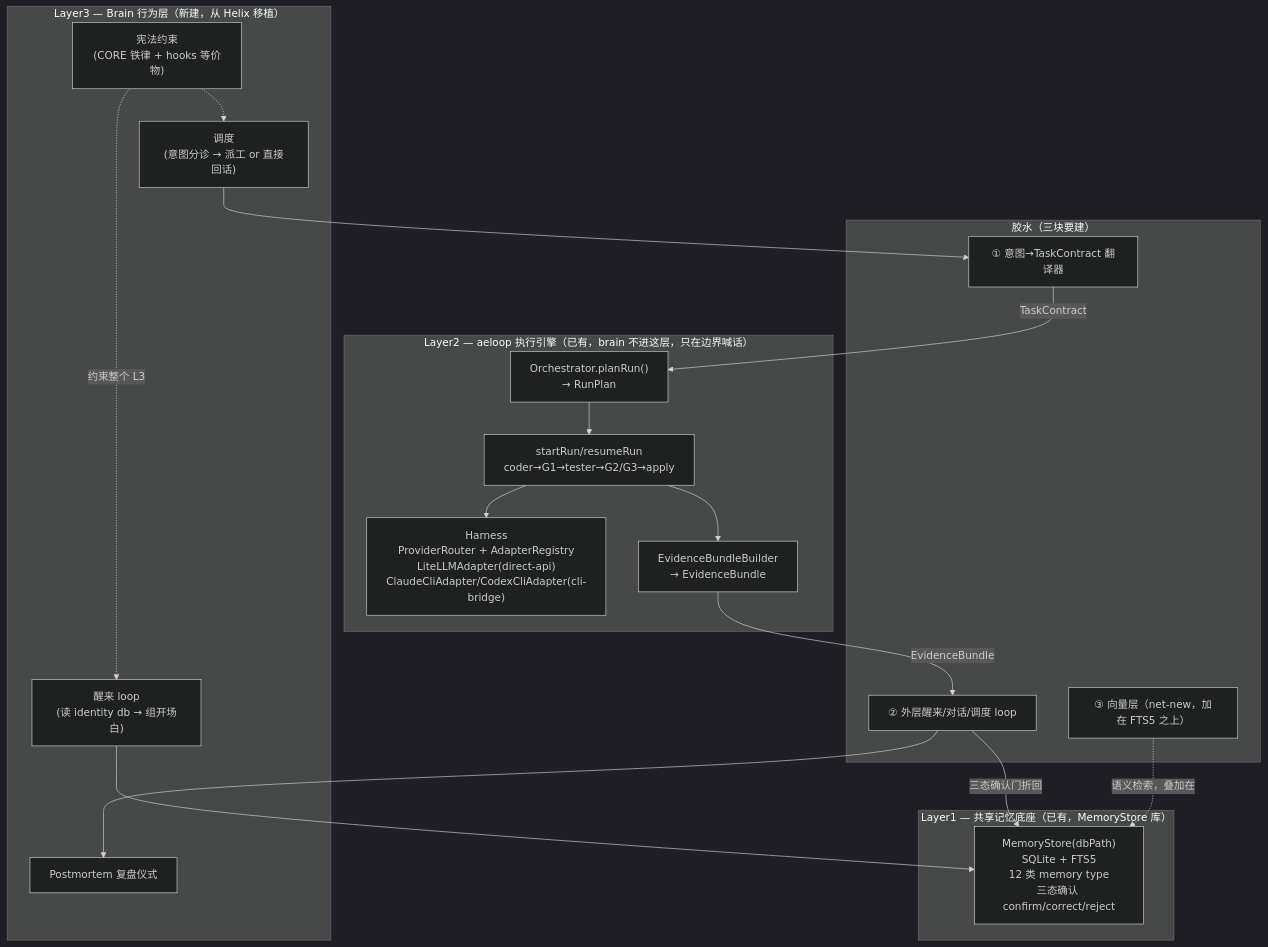
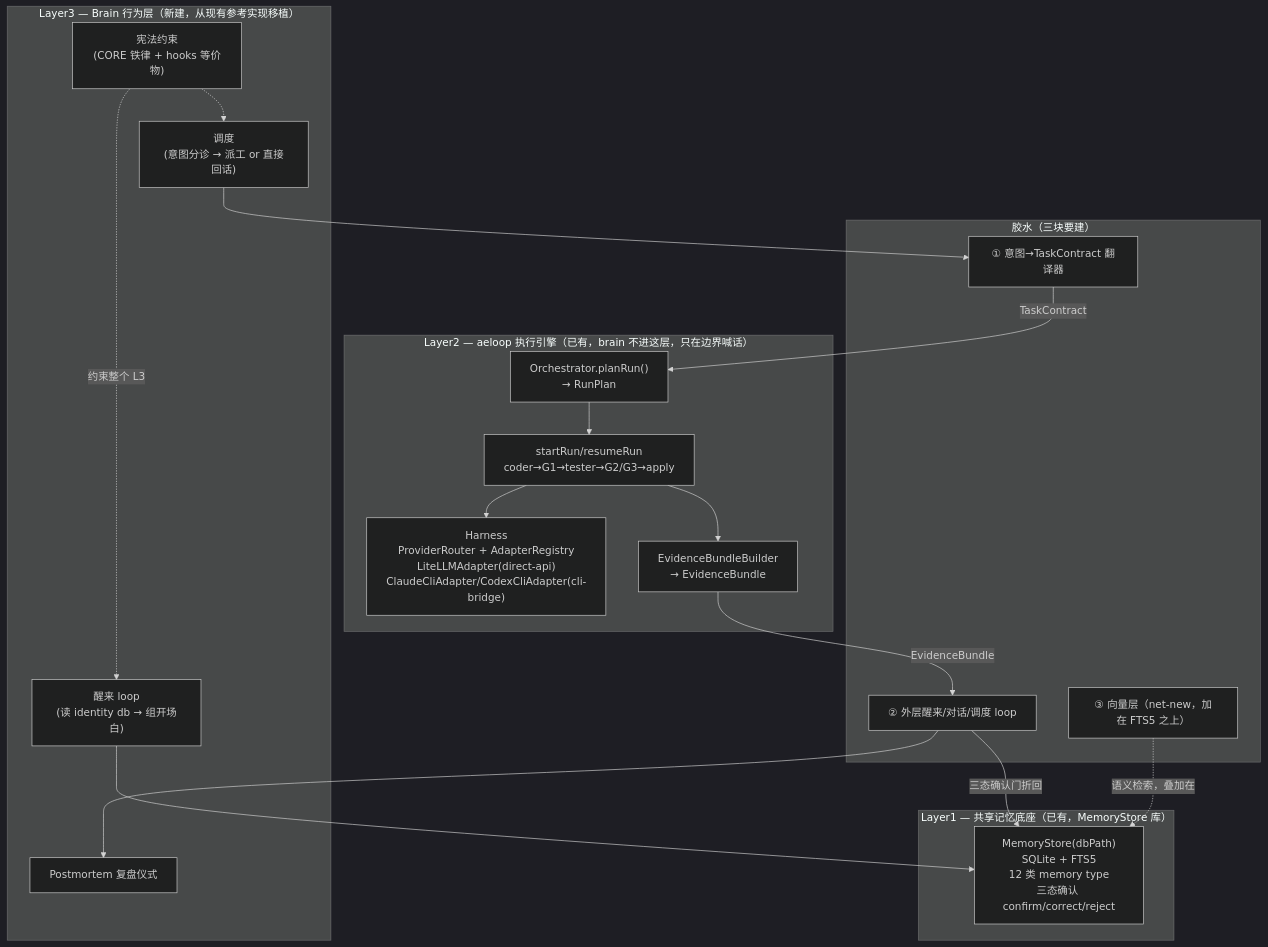
The first of 3 diagrams in docs/conductor-brain-layer/DESIGN.md (elishawong/aeloop), drawn with Mermaid (dark theme) before and after one commit. The commit also changed other lines of this file, not shown here.

First line of the commit message:
docs(design): #75 de-brand conductor-brain DESIGN for generic/company reuse (#79)

````diff
--- a/docs/conductor-brain-layer/DESIGN.md
+++ b/docs/conductor-brain-layer/DESIGN.md
@@ -50,39 +50,39 @@
 ```mermaid
 flowchart TB
-    subgraph L3["Layer3 — Brain 行为层（新建，从 Helix 移植）"]
+    subgraph L3["Layer3 — Brain 行为层（新建，从现有参考实现移植）"]
         WAKE["醒来 loop<br/>(读 identity db → 组开场白)"]
         CONST["宪法约束<br/>(CORE 铁律 + hooks 等价物)"]
         POST["Postmortem 复盘仪式"]
         SCHED["调度<br/>(意图分诊 → 派工 or 直接回话)"]
     end
 
     subgraph GLUE["胶水（三块要建）"]
         TRANS["① 意图→TaskContract 翻译器"]
         OUTER["② 外层醒来/对话/调度 loop"]
         VEC["③ 向量层（net-new，加在 FTS5 之上）"]
     end
 
     subgraph L1["Layer1 — 共享记忆底座（已有，MemoryStore 库）"]
         MS["MemoryStore(dbPath)<br/>SQLite + FTS5<br/>12 类 memory type<br/>三态确认 confirm/correct/reject"]
     end
 
     subgraph L2["Layer2 — aeloop 执行引擎（已有，brain 不进这层，只在边界喊话）"]
         ORCH["Orchestrator.planRun()<br/>→ RunPlan"]
         RUNNER["startRun/resumeRun<br/>coder→G1→tester→G2/G3→apply"]
         HARNESS["Harness<br/>ProviderRouter + AdapterRegistry<br/>LiteLLMAdapter(direct-api)<br/>ClaudeCliAdapter/CodexCliAdapter(cli-bridge)"]
         EVB["EvidenceBundleBuilder<br/>→ EvidenceBundle"]
     end
 
     WAKE --> MS
     SCHED --> TRANS
     TRANS -->|"TaskContract"| ORCH
     ORCH --> RUNNER
     RUNNER --> HARNESS
     RUNNER --> EVB
     EVB -->|"EvidenceBundle"| OUTER
     OUTER -->|"三态确认门折回"| MS
     OUTER --> POST
     CONST -.->|"约束整个 L3"| WAKE
     CONST -.-> SCHED
     VEC -.->|"语义检索，叠加在"| MS
 ```
````
